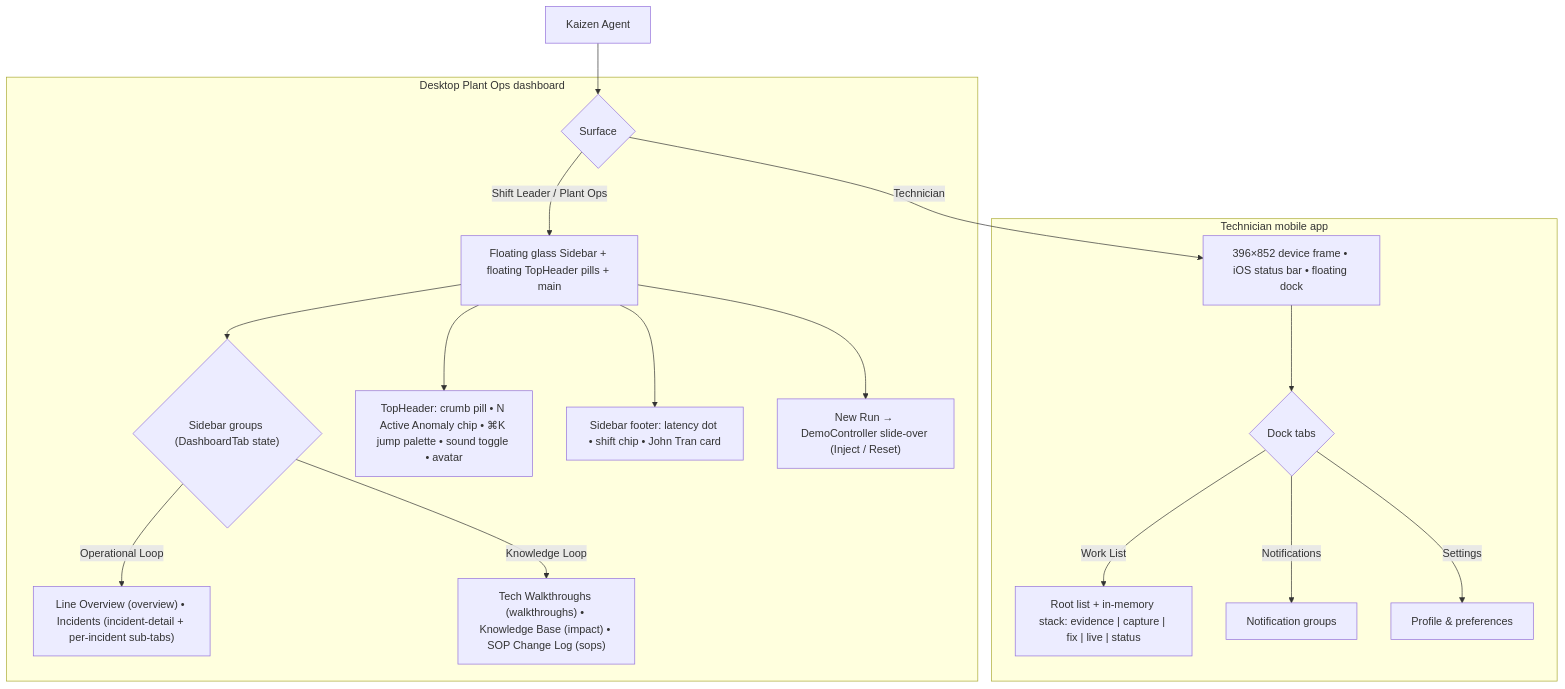
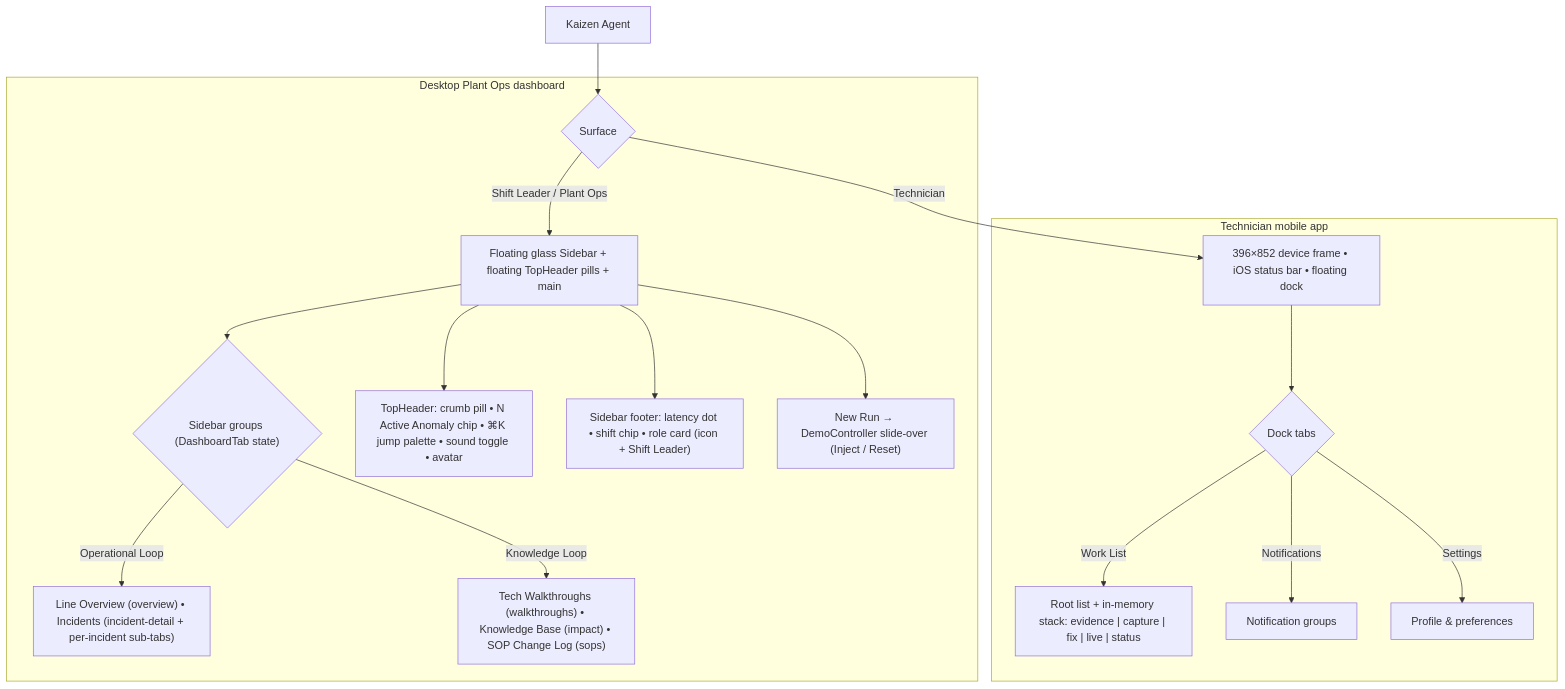
The diagram in docs/wireframes/00_base_layout.md (vanduc2514/hackathon-builder-cup-manufacturing-anomaly), drawn with Mermaid before and after one commit. The commit also changed other lines of this file and 3 other files, not shown here.

First line of the commit message:
docs(web): show shift leader role instead of personal name in wireframes

````diff
--- a/docs/wireframes/00_base_layout.md
+++ b/docs/wireframes/00_base_layout.md
@@ -20,22 +20,22 @@
 ```mermaid
 flowchart TD
     A["Kaizen Agent"] --> B{"Surface"}
 
     subgraph Desktop ["Desktop Plant Ops dashboard"]
         B -->|"Shift Leader / Plant Ops"| C["Floating glass Sidebar + floating TopHeader pills + main"]
         C --> D{"Sidebar groups (DashboardTab state)"}
         D -->|"Operational Loop"| D1["Line Overview (overview) • Incidents (incident-detail + per-incident sub-tabs)"]
         D -->|"Knowledge Loop"| D2["Tech Walkthroughs (walkthroughs) • Knowledge Base (impact) • SOP Change Log (sops)"]
         C --> E["TopHeader: crumb pill • N Active Anomaly chip • ⌘K jump palette • sound toggle • avatar"]
-        C --> F["Sidebar footer: latency dot • shift chip • John Tran card"]
+        C --> F["Sidebar footer: latency dot • shift chip • role card (icon + Shift Leader)"]
         C --> G["New Run → DemoController slide-over (Inject / Reset)"]
     end
 
     subgraph Mobile ["Technician mobile app"]
         B -->|"Technician"| H["396×852 device frame • iOS status bar • floating dock"]
         H --> I{"Dock tabs"}
         I -->|"Work List"| I1["Root list + in-memory stack: evidence | capture | fix | live | status"]
         I -->|"Notifications"| I2["Notification groups"]
         I -->|"Settings"| I3["Profile & preferences"]
     end
 ```
````
